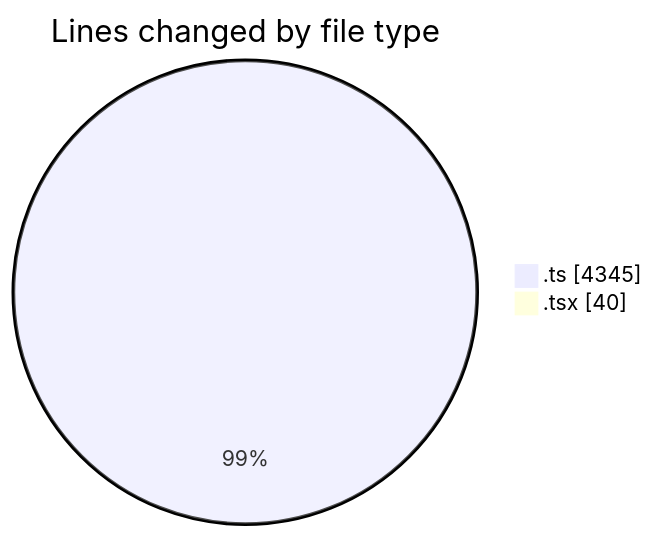
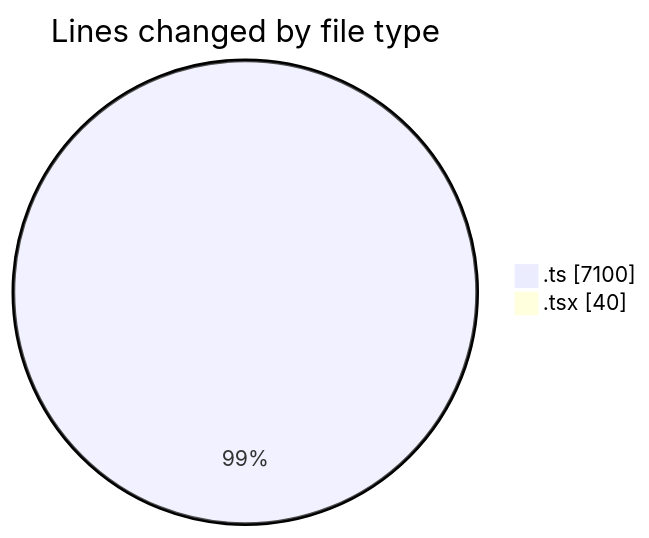
One commit to CELIANVF/code-tracking changed the first of 2 diagrams in 2025-06-06/ecodeli-1/README.md. Above: the diagram before and after it, drawn with Mermaid. The commit also changed other lines of this file and 1 other file, not shown here.

````diff
--- a/2025-06-06/ecodeli-1/README.md
+++ b/2025-06-06/ecodeli-1/README.md
@@ -30,6 +34,6 @@
 ```mermaid
 pie showData
 title Lines changed by file type
-".ts" : 4345
+".ts" : 7100
 ".tsx" : 40
 ```
````
